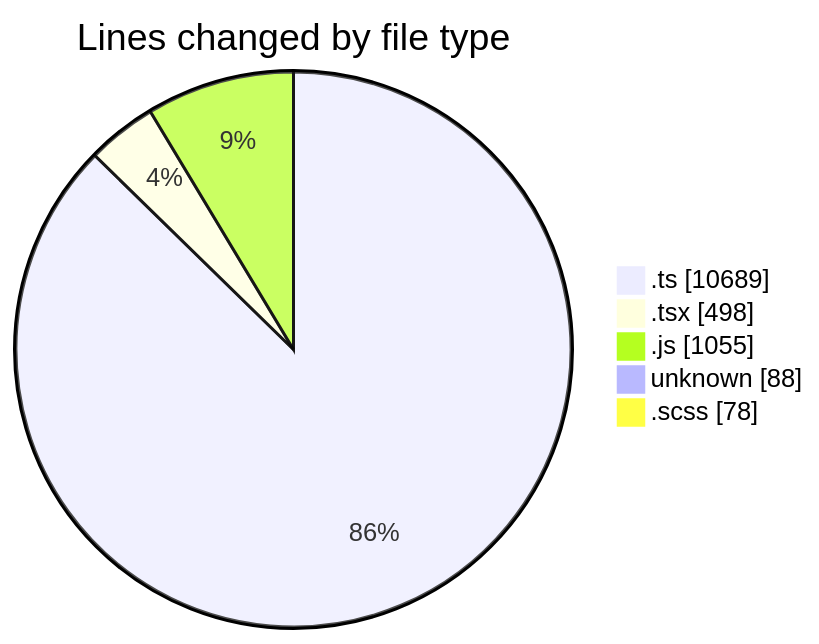
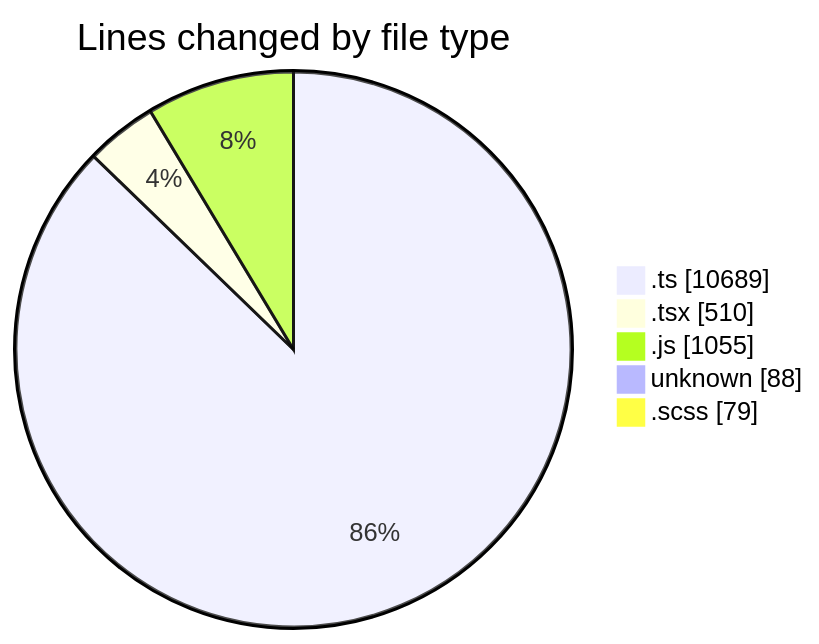
One commit to momahboobian/code-tracking changed the first of 2 diagrams in 2026-03-11/cda/README.md. Above: the diagram before and after it, drawn with Mermaid. The commit also changed other lines of this file and 1 other file, not shown here.

````diff
--- a/2026-03-11/cda/README.md
+++ b/2026-03-11/cda/README.md
@@ -35,9 +36,9 @@
 ```mermaid
 pie showData
 title Lines changed by file type
 ".ts" : 10689
-".tsx" : 498
+".tsx" : 510
 ".js" : 1055
 "unknown" : 88
-".scss" : 78
+".scss" : 79
 ```
````
